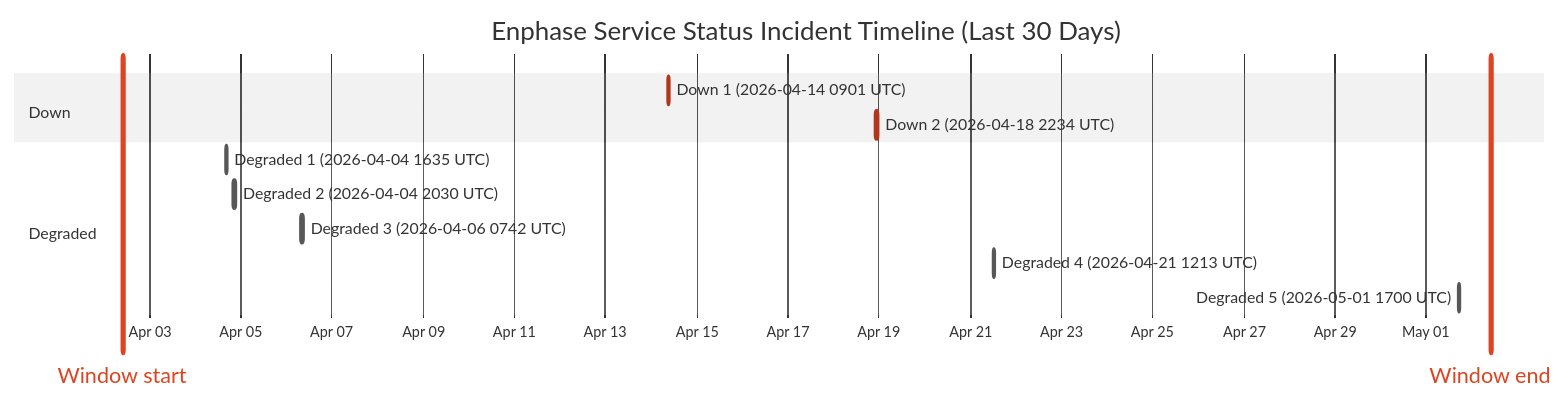
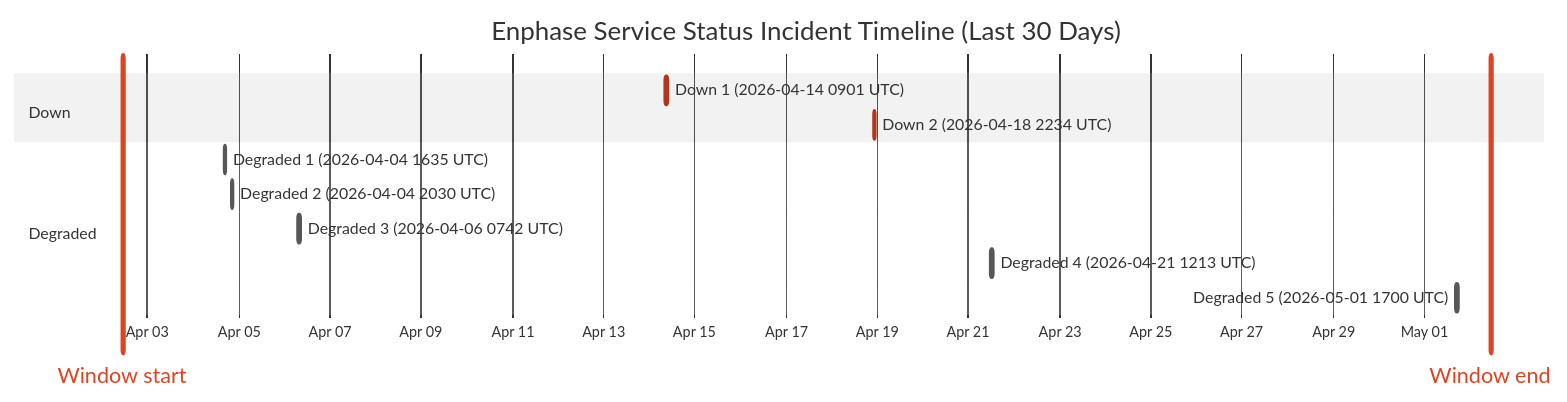
The diagram in wiki/Service-Status-History.md (barneyonline/ha-enphase-ev-charger), drawn with Mermaid (neutral theme) before and after one commit. The commit also changed other lines of this file and 3 other files, not shown here.

````diff
--- a/wiki/Service-Status-History.md
+++ b/wiki/Service-Status-History.md
@@ -14,17 +14,17 @@
 ```mermaid
 gantt
     title Enphase Service Status Incident Timeline (Last 30 Days)
     dateFormat  YYYY-MM-DDTHH:mm:ss
     axisFormat  %b %d
-    Window start :vert, window-start, 2026-04-02T09:57:07, 0ms
-    Window end :vert, window-end, 2026-05-02T09:57:07, 0ms
+    Window start :vert, window-start, 2026-04-02T10:56:05, 0ms
+    Window end :vert, window-end, 2026-05-02T10:56:05, 0ms
     section Down
     Down 1 (2026-04-14 0901 UTC) :crit, down-1, 2026-04-14T09:01:13, 60m
     Down 2 (2026-04-18 2234 UTC) :crit, down-2, 2026-04-18T22:34:13, 60m
     section Degraded
     Degraded 1 (2026-04-04 1635 UTC) :active, degraded-1, 2026-04-04T16:35:17, 60m
     Degraded 2 (2026-04-04 2030 UTC) :active, degraded-2, 2026-04-04T20:30:40, 60m
     Degraded 3 (2026-04-06 0742 UTC) :active, degraded-3, 2026-04-06T07:42:09, 85m
     Degraded 4 (2026-04-21 1213 UTC) :active, degraded-4, 2026-04-21T12:13:11, 60m
     Degraded 5 (2026-05-01 1700 UTC) :active, degraded-5, 2026-05-01T17:00:22, 60m
 ```
````
